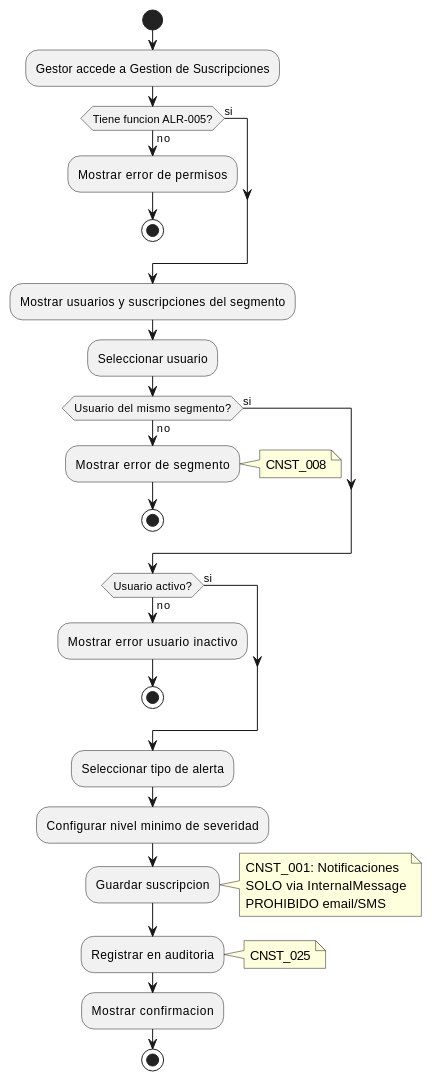
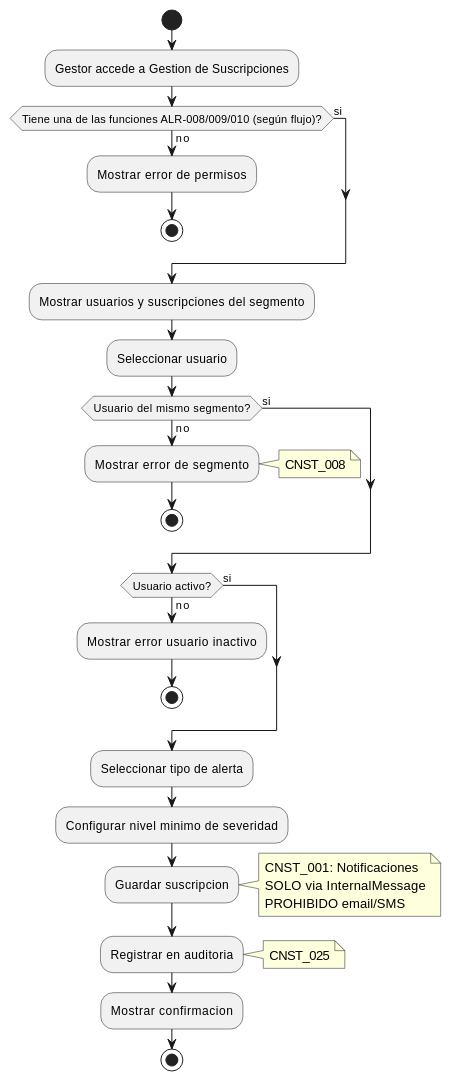
The third of 3 diagrams in source/requisitos/casos-uso/alerts/uc-alr-05-gestionar-suscripciones.rst (jcg-admin/IACT-docs), drawn with PlantUML before and after one commit. The commit also changed other lines of this file and 3 other files, not shown here.

```diff
--- a/source/requisitos/casos-uso/alerts/uc-alr-05-gestionar-suscripciones.rst
+++ b/source/requisitos/casos-uso/alerts/uc-alr-05-gestionar-suscripciones.rst
@@ -366,46 +366,46 @@
 .. uml::
  :caption: Diagrama de Actividad - UC_ALR_05
 
  @startuml
  start
  :Gestor accede a Gestion de Suscripciones;
 
- if (Tiene funcion ALR-005?) then (no)
+ if (Tiene una de las funciones ALR-008/009/010 (según flujo)?) then (no)
  :Mostrar error de permisos;
  stop
  else (si)
  endif
 
  :Mostrar usuarios y suscripciones del segmento;
  :Seleccionar usuario;
 
  if (Usuario del mismo segmento?) then (no)
  :Mostrar error de segmento;
  note right: CNST_008
  stop
  else (si)
  endif
 
  if (Usuario activo?) then (no)
  :Mostrar error usuario inactivo;
  stop
  else (si)
  endif
 
  :Seleccionar tipo de alerta;
  :Configurar nivel minimo de severidad;
  :Guardar suscripcion;
 
  note right
  CNST_001: Notificaciones
  SOLO via InternalMessage
  PROHIBIDO email/SMS
  end note
 
  :Registrar en auditoria;
  note right: CNST_025
 
  :Mostrar confirmacion;
 
  stop
  @enduml
```
